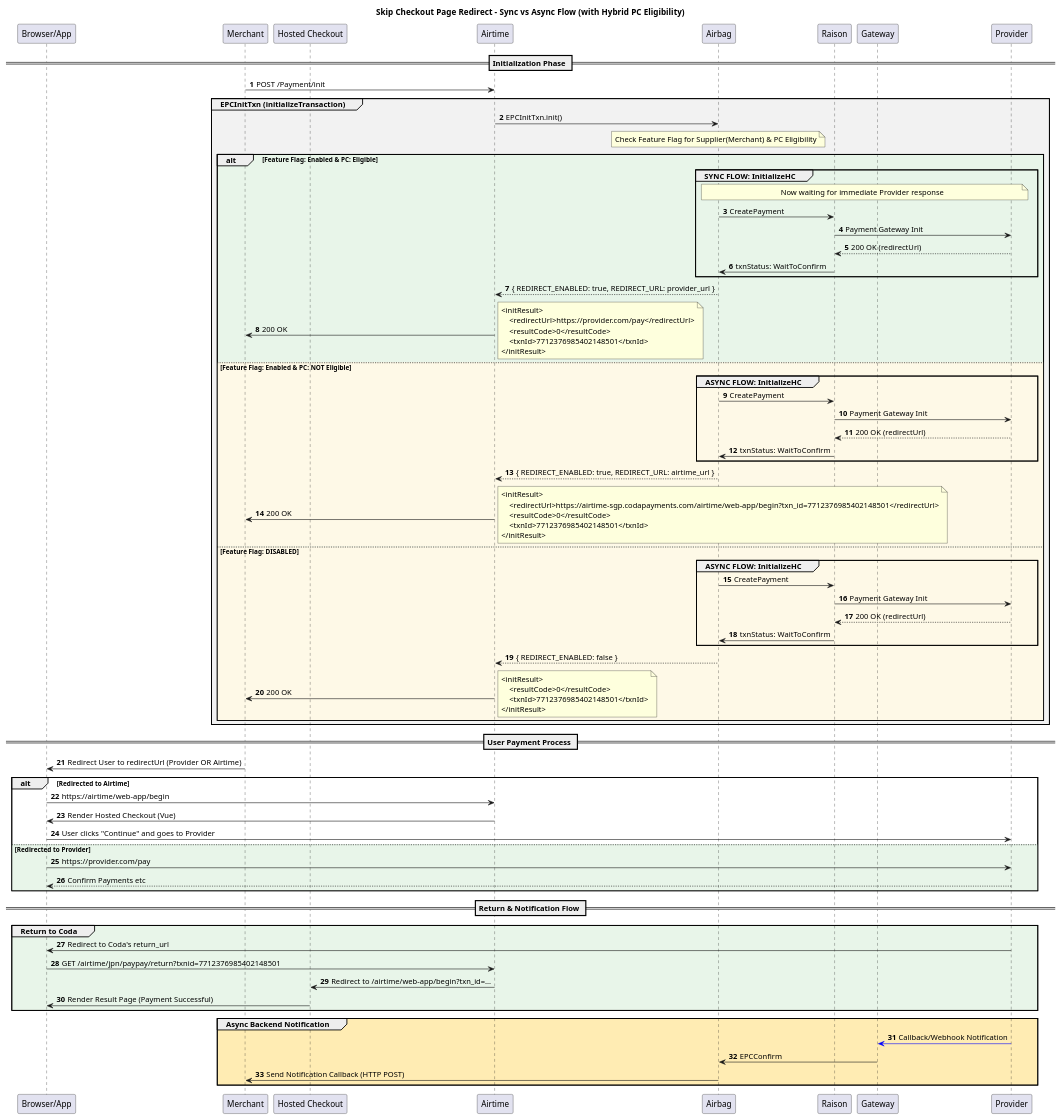
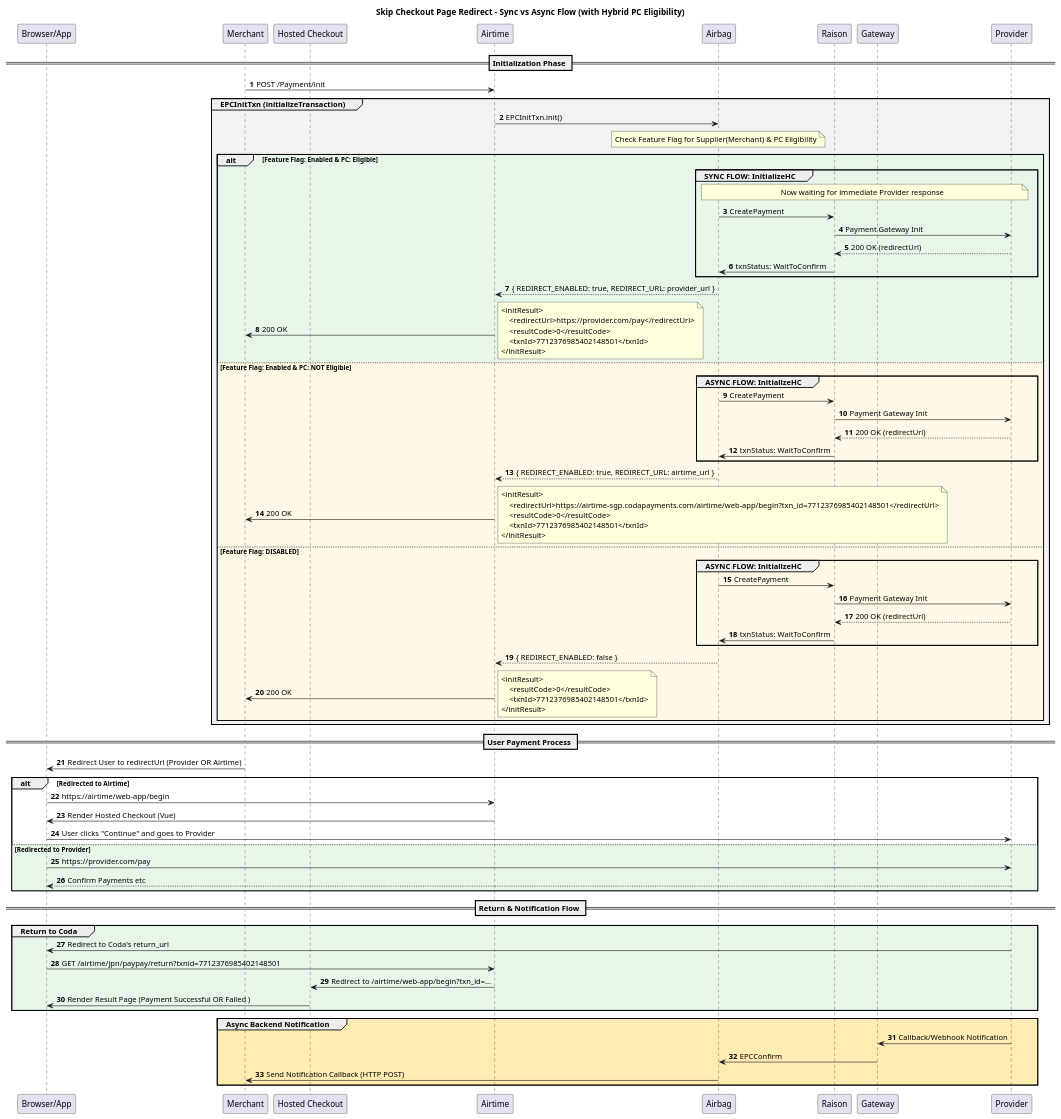
The diagram in codalinkout_redirect_skip_chekcout.puml (ChoChoHtet/UML), drawn with PlantUML before and after one commit.

```diff
--- a/codalinkout_redirect_skip_chekcout.puml
+++ b/codalinkout_redirect_skip_chekcout.puml
@@ -1,106 +1,106 @@
 @startuml
 'https://plantuml.com/sequence-diagram
 
 autonumber
 title Skip Checkout Page Redirect  - Sync vs Async Flow (with Hybrid PC Eligibility)
 
 participant "Browser/App" as browser
 participant merchant as "Merchant"
 participant vue as "Hosted Checkout"
 participant airtime as "Airtime"
 participant airbag as "Airbag"
 participant raison as "Raison"
 participant gateway as "Gateway"
 participant provider as "Provider"
 
 == Initialization Phase ==
 
 merchant -> airtime: POST /Payment/init
 
 group #F2F2F2 EPCInitTxn (initializeTransaction)
     airtime -> airbag: EPCInitTxn.init()
 
     note over airbag: Check Feature Flag for Supplier(Merchant) & PC Eligibility
 
     alt #E8F5E9 Feature Flag: Enabled & PC: Eligible
         group **SYNC FLOW**: InitializeHC
             note over airbag, provider: Now waiting for immediate Provider response
             airbag -> raison : CreatePayment
             raison -> provider : Payment Gateway Init
             provider --> raison : 200 OK (redirectUrl)
             raison -> airbag: txnStatus: WaitToConfirm
         end
         airbag --> airtime: { REDIRECT_ENABLED: true, REDIRECT_URL: provider_url }
         airtime -> merchant: 200 OK
         note right
             <initResult>
                 <redirectUrl>https://provider.com/pay</redirectUrl>
                 <resultCode>0</resultCode>
                 <txnId>7712376985402148501</txnId>
             </initResult>
         end note
 
     else #FEF9E7 Feature Flag: Enabled & PC: NOT Eligible
         group **ASYNC FLOW**: InitializeHC
             airbag -> raison : CreatePayment
                        raison -> provider : Payment Gateway Init
                        provider --> raison : 200 OK (redirectUrl)
                        raison -> airbag: txnStatus: WaitToConfirm
         end
         airbag --> airtime: { REDIRECT_ENABLED: true, REDIRECT_URL: airtime_url }
         airtime -> merchant: 200 OK
         note right
             <initResult>
                 <redirectUrl>https://airtime-sgp.codapayments.com/airtime/web-app/begin?txn_id=7712376985402148501</redirectUrl>
                 <resultCode>0</resultCode>
                 <txnId>7712376985402148501</txnId>
             </initResult>
         end note
 
     else #FEF9E7 Feature Flag: DISABLED
         group **ASYNC FLOW**: InitializeHC
              airbag -> raison : CreatePayment
                         raison -> provider : Payment Gateway Init
                         provider --> raison : 200 OK (redirectUrl)
                         raison -> airbag: txnStatus: WaitToConfirm
         end
         airbag --> airtime: { REDIRECT_ENABLED: false }
         airtime -> merchant: 200 OK
         note right
             <initResult>
                 <resultCode>0</resultCode>
                 <txnId>7712376985402148501</txnId>
             </initResult>
         end note
     end
 end
 
 == User Payment Process ==
 
 merchant -> browser: Redirect User to redirectUrl (Provider OR Airtime)
 alt Redirected to Airtime
     browser -> airtime: https://airtime/web-app/begin
     airtime -> browser: Render Hosted Checkout (Vue)
     browser -> provider: User clicks "Continue" and goes to Provider
 else #E8F5E9 Redirected to Provider
     browser -> provider: https://provider.com/pay
     provider --> browser: Confirm Payments etc
 
 end
 
 == Return & Notification Flow ==
 
 group #E8F5E9 Return to Coda
     provider -> browser: Redirect to Coda's return_url
     browser -> airtime: GET /airtime/jpn/paypay/return?txnid=7712376985402148501
     airtime -> vue: Redirect to /airtime/web-app/begin?txn_id=...
-    vue -> browser: Render Result Page (Payment Successful)
+    vue -> browser: Render Result Page (Payment Successful OR Failed )
 end
 
 group #FFECB3 Async Backend Notification
-    provider -[#blue]> gateway: Callback/Webhook Notification
+    provider -> gateway: Callback/Webhook Notification
     gateway -> airbag: EPCConfirm
     airbag -> merchant: Send Notification Callback (HTTP POST)
 end
 
 @enduml
```
